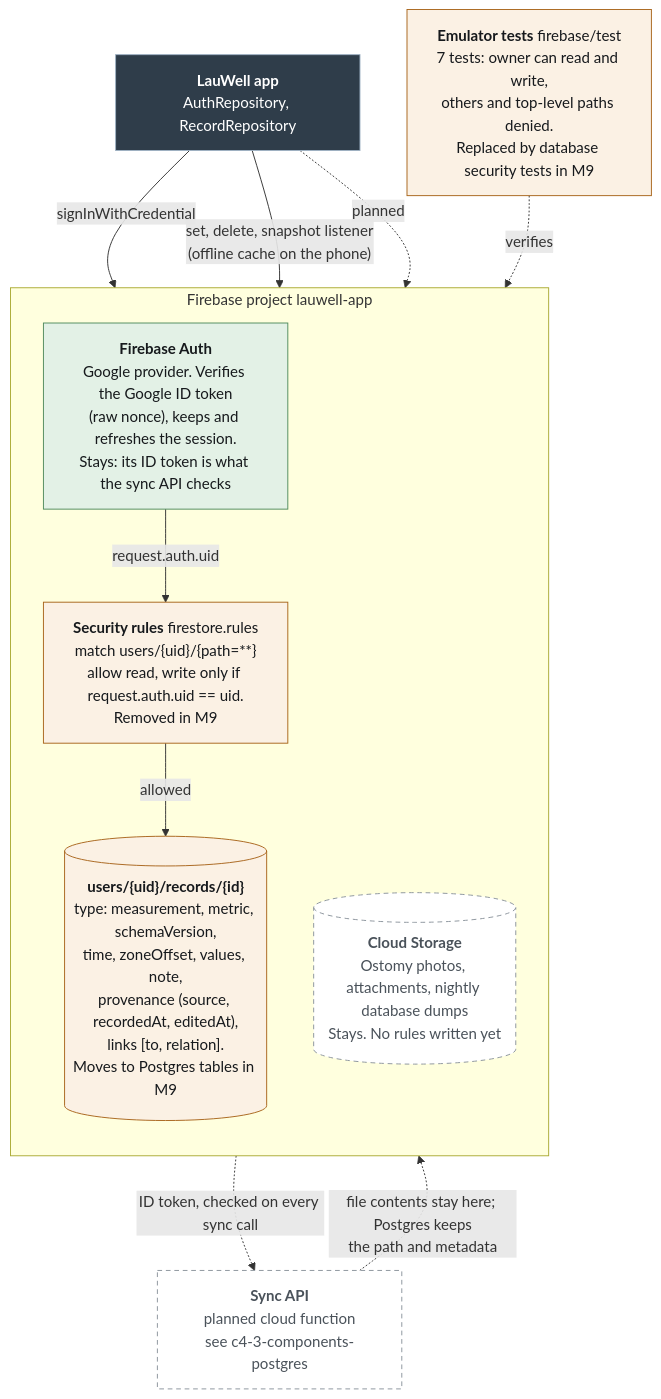
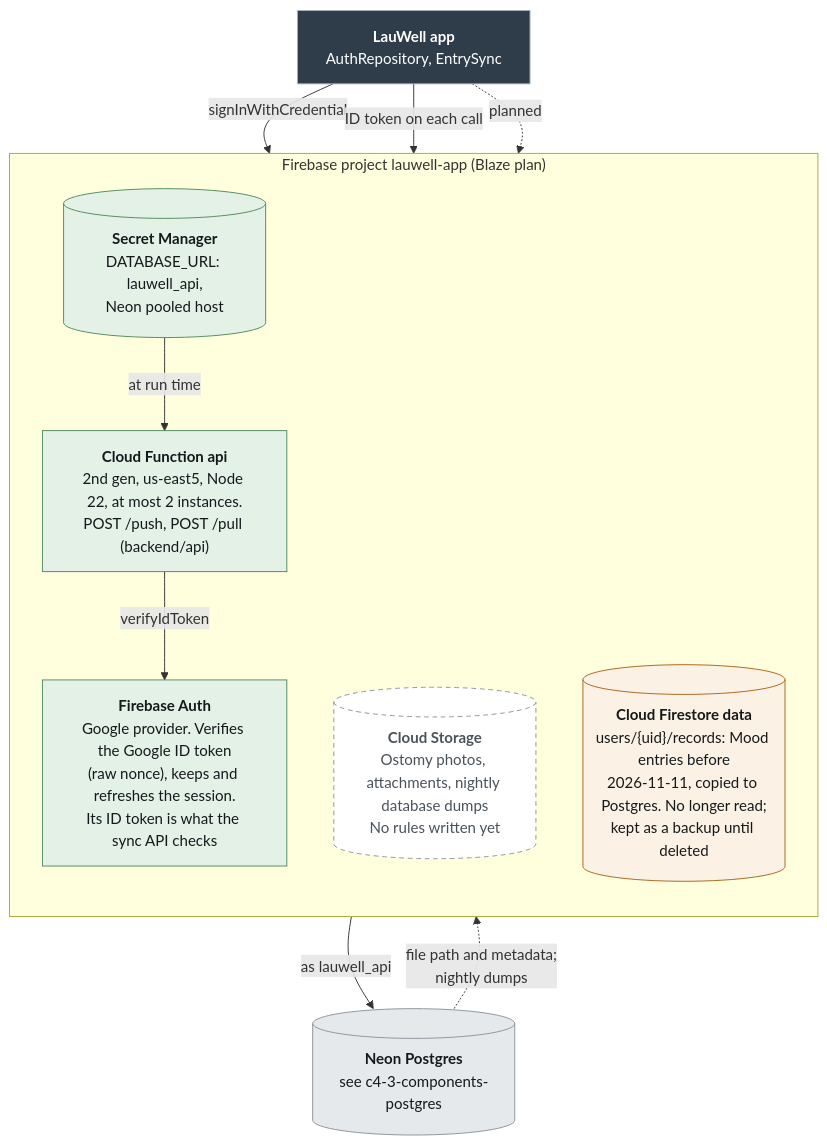
One commit to Laul/LauWell changed the diagram in docs/architecture/c4/c4-3-components-firebase.mmd. Above: the diagram before and after it, drawn with Mermaid. The commit also changed 29 other files, not shown here.

First line of the commit message:
[data] Remove Firestore: SDK, old repository, one-time copy, rules and emulator tests

```diff
--- a/docs/architecture/c4/c4-3-components-firebase.mmd
+++ b/docs/architecture/c4/c4-3-components-firebase.mmd
@@ -1,32 +1,31 @@
 %% C4 level 3 - Components of the Firebase backend (project lauwell-app).
-%% Updated 2026-11-06: Firestore, its rules and its tests are removed in M9 (decision of 2026-11-04);
-%% Firebase Auth and Cloud Storage stay. The Postgres side is in c4-3-components-postgres.mmd.
-%% Solid = built, dashed = planned, amber = built and being removed.
+%% Updated 2026-11-11: Firestore removed from the app with its rules and tests (task "Move Mood off Firestore");
+%% its data is kept in the project as a backup until deleted. The sync API runs here as a Cloud Function.
+%% The Postgres side is in c4-3-components-postgres.mmd. Solid = built, dashed = planned, amber = being removed.
 flowchart TB
   classDef app fill:#2f3d4a,stroke:#9fb2c4,color:#ffffff
   classDef cloud fill:#e3f1e6,stroke:#4f8a5c,color:#16191C
-  classDef tool fill:#f3e8c8,stroke:#a88b2e,color:#16191C
+  classDef ext fill:#e6e9ec,stroke:#8a939b,color:#16191C
   classDef planned fill:#ffffff,stroke:#8a939b,color:#4a525a,stroke-dasharray:5 4
   classDef retiring fill:#fbf1e4,stroke:#a8641a,color:#16191C
 
-  APP["<b>LauWell app</b><br/>AuthRepository, RecordRepository"]:::app
+  APP["<b>LauWell app</b><br/>AuthRepository, EntrySync"]:::app
 
-  subgraph FB["Firebase project lauwell-app"]
+  subgraph FB["Firebase project lauwell-app (Blaze plan)"]
     direction TB
-    AUTH["<b>Firebase Auth</b><br/>Google provider. Verifies the Google ID token<br/>(raw nonce), keeps and refreshes the session.<br/>Stays: its ID token is what the sync API checks"]:::cloud
-    STO[("<b>Cloud Storage</b><br/>Ostomy photos, attachments, nightly database dumps<br/>Stays. No rules written yet")]:::planned
-    RULES["<b>Security rules</b> firestore.rules<br/>match users/{uid}/{path=**}<br/>allow read, write only if request.auth.uid == uid.<br/>Removed in M9"]:::retiring
-    REC[("<b>users/{uid}/records/{id}</b><br/>type: measurement, metric, schemaVersion,<br/>time, zoneOffset, values, note,<br/>provenance (source, recordedAt, editedAt),<br/>links [to, relation].<br/>Moves to Postgres tables in M9")]:::retiring
+    AUTH["<b>Firebase Auth</b><br/>Google provider. Verifies the Google ID token<br/>(raw nonce), keeps and refreshes the session.<br/>Its ID token is what the sync API checks"]:::cloud
+    FN["<b>Cloud Function api</b><br/>2nd gen, us-east5, Node 22, at most 2 instances.<br/>POST /push, POST /pull (backend/api)"]:::cloud
+    SEC[("<b>Secret Manager</b><br/>DATABASE_URL: lauwell_api,<br/>Neon pooled host")]:::cloud
+    STO[("<b>Cloud Storage</b><br/>Ostomy photos, attachments, nightly database dumps<br/>No rules written yet")]:::planned
+    OLD[("<b>Cloud Firestore data</b><br/>users/{uid}/records: Mood entries before<br/>2026-11-11, copied to Postgres. No longer read;<br/>kept as a backup until deleted")]:::retiring
   end
 
-  TEST["<b>Emulator tests</b> firebase/test<br/>7 tests: owner can read and write,<br/>others and top-level paths denied.<br/>Replaced by database security tests in M9"]:::retiring
-  SYNC["<b>Sync API</b><br/>planned cloud function<br/>see c4-3-components-postgres"]:::planned
+  NEON[("<b>Neon Postgres</b><br/>see c4-3-components-postgres")]:::ext
 
   APP -->|"signInWithCredential"| AUTH
-  AUTH -->|"request.auth.uid"| RULES
-  APP -->|"set, delete, snapshot listener<br/>(offline cache on the phone)"| RULES
-  RULES -->|"allowed"| REC
-  TEST -.->|"verifies"| RULES
+  APP -->|"ID token on each call"| FN
+  FN -->|"verifyIdToken"| AUTH
+  SEC -->|"at run time"| FN
+  FN -->|"as lauwell_api"| NEON
   APP -.->|"planned"| STO
-  AUTH -.->|"ID token, checked on every sync call"| SYNC
-  SYNC -.->|"file contents stay here; Postgres keeps<br/>the path and metadata"| STO
+  NEON -.->|"file path and metadata;<br/>nightly dumps"| STO
```
